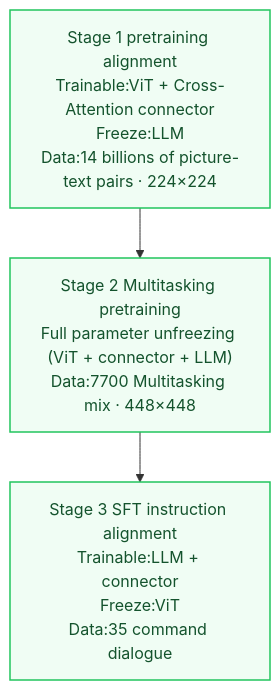
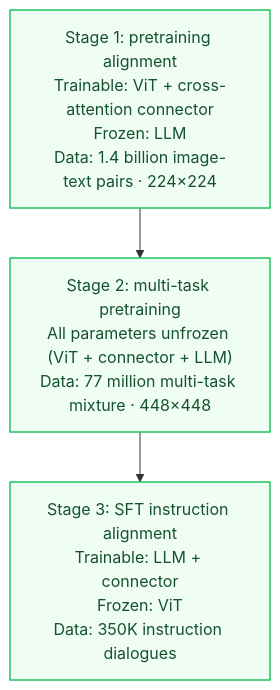
One commit to TingdeLiu/tingdeliu.github.io changed diagram 12 of 15 in _translations/en/research/VLM-Survey.md. Above: the diagram before and after it, drawn with Mermaid. The commit also changed other lines of this file and 51 other files, not shown here.

````diff
--- a/_translations/en/research/VLM-Survey.md
+++ b/_translations/en/research/VLM-Survey.md
@@ -1329,10 +1329,10 @@
 ```mermaid
 flowchart TD
     classDef s fill:#f0fdf4,stroke:#22c55e,stroke-width:1.5px,color:#14532d;
 
-    S1["Stage 1 pretraining alignment\nTrainable:ViT + Cross-Attention connector\nFreeze:LLM\nData:14 billions of picture-text pairs · 224×224"]:::s
-    S2["Stage 2 Multitasking pretraining\nFull parameter unfreezing (ViT + connector + LLM)\nData:7700 Multitasking mix · 448×448"]:::s
-    S3["Stage 3 SFT instruction alignment\nTrainable:LLM + connector\nFreeze:ViT\nData:35 command dialogue"]:::s
+    S1["Stage 1: pretraining alignment\nTrainable: ViT + cross-attention connector\nFrozen: LLM\nData: 1.4 billion image-text pairs · 224×224"]:::s
+    S2["Stage 2: multi-task pretraining\nAll parameters unfrozen (ViT + connector + LLM)\nData: 77 million multi-task mixture · 448×448"]:::s
+    S3["Stage 3: SFT instruction alignment\nTrainable: LLM + connector\nFrozen: ViT\nData: 350K instruction dialogues"]:::s
 
     S1 --> S2 --> S3
 ```
````
